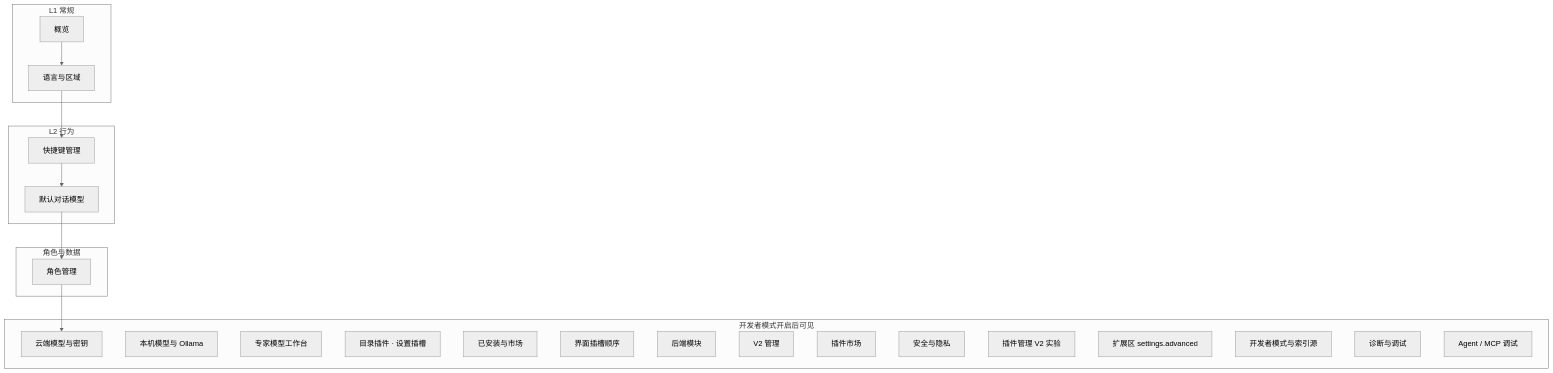
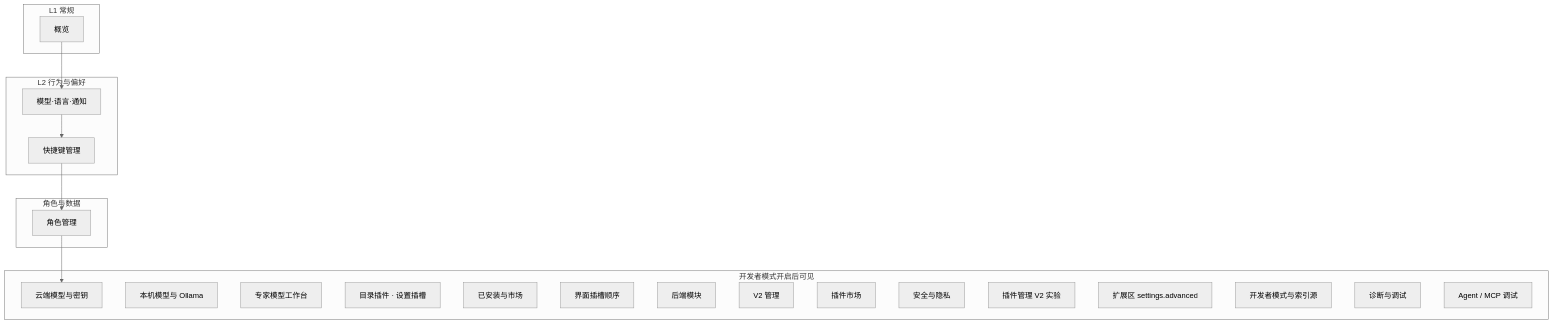
One commit to linkaiheng2233-cyber/oclivenewnew changed the diagram in handoff/SETTINGS_STRUCTURE.md. Above: the diagram before and after it, drawn with Mermaid (neutral theme). The commit also changed other lines of this file and 4 other files, not shown here.

````diff
--- a/handoff/SETTINGS_STRUCTURE.md
+++ b/handoff/SETTINGS_STRUCTURE.md
@@ -7,36 +7,34 @@
 ```mermaid
 flowchart TB
   subgraph L1["L1 常规"]
     OV[概览]
-    LANG[语言与区域]
   end
-  subgraph L2b["L2 行为"]
+  subgraph L2b["L2 行为与偏好"]
+    BH[模型·语言·通知]
     SH[快捷键管理]
-    DM[默认对话模型]
   end
   subgraph Data["角色与数据"]
     ROLES[角色管理]
   end
   subgraph Gated["开发者模式开启后可见"]
     MC[云端模型与密钥]
     MO[本机模型与 Ollama]
     ME[专家模型工作台]
     PD[目录插件 · 设置插槽]
     PI[已安装与市场]
     PS[界面插槽顺序]
     PB[后端模块]
     PV[V2 管理]
     MB[插件市场]
     SEC[安全与隐私]
     AE[插件管理 V2 实验]
     AD[扩展区 settings.advanced]
     SD[开发者模式与索引源]
     DD[诊断与调试]
     DA[Agent / MCP 调试]
   end
-  OV --> LANG
-  LANG --> SH
-  SH --> DM
-  DM --> ROLES
+  OV --> BH
+  BH --> SH
+  SH --> ROLES
   ROLES --> MC
 ```
````
